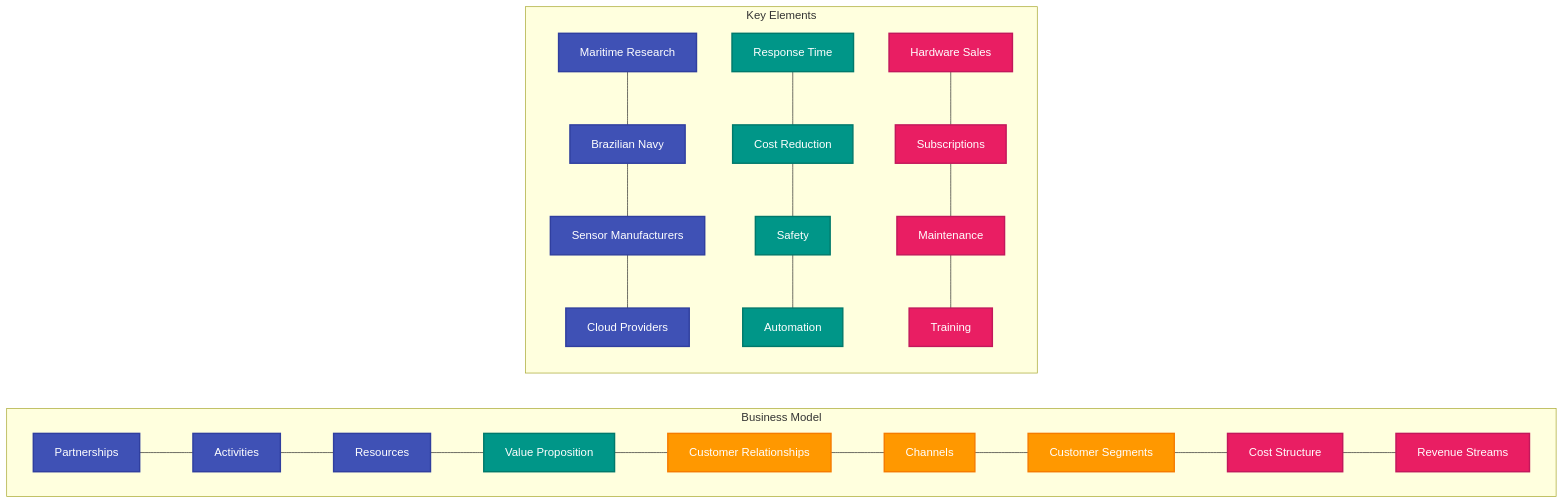
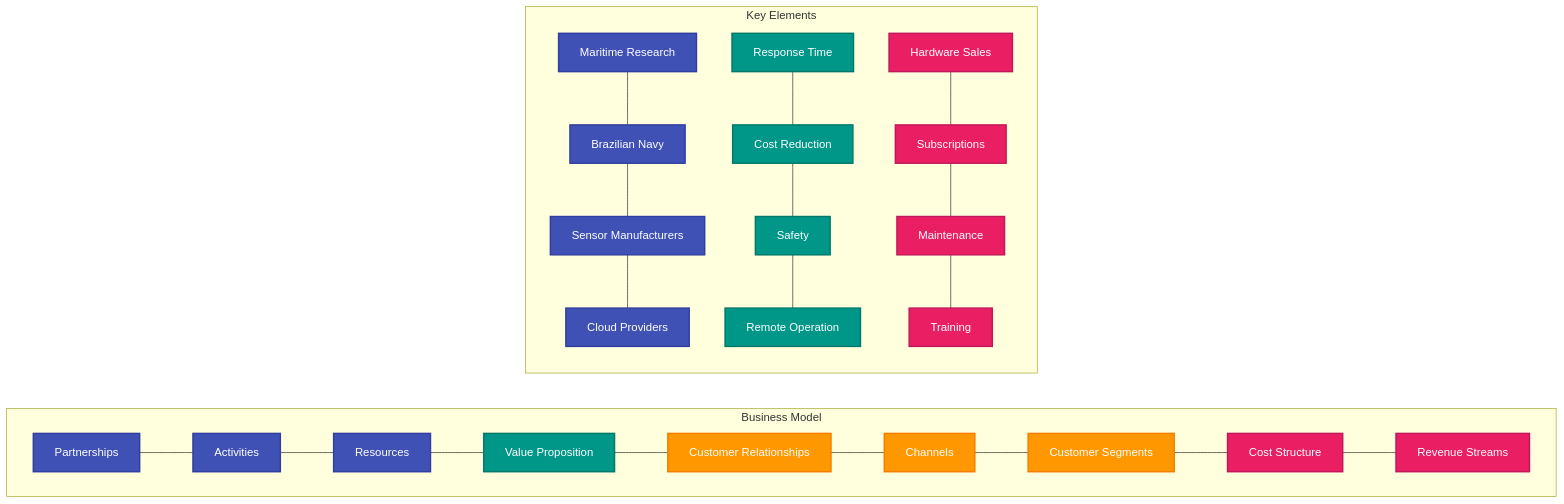
The third of 10 diagrams in Module_1_PR/Public_Report_Modulo2.md (Inteli-College/2025-1A-T02-G54-PUBLICO), drawn with Mermaid before and after one commit. The commit also changed other lines of this file, not shown here.

Commit message:
Enhance Public_Report_Modulo2.md with updated executive summary, improved documentation, and refined diagrams. Key changes include a focus on remote-controlled rescue features, expanded MVP documentation, and a clearer presentation of risk matrix and business model elements.

````diff
--- a/Module_1_PR/Public_Report_Modulo2.md
+++ b/Module_1_PR/Public_Report_Modulo2.md
@@ -134,34 +126,34 @@
 ```mermaid
 graph LR
     classDef core fill:#3F51B5,stroke:#303F9F,stroke-width:2px,color:white;
     classDef value fill:#009688,stroke:#00796B,stroke-width:2px,color:white;
     classDef customer fill:#FF9800,stroke:#F57C00,stroke-width:2px,color:white;
     classDef finance fill:#E91E63,stroke:#C2185B,stroke-width:2px,color:white;
     
     subgraph Business Model
         direction LR
         A[Partnerships]:::core --- B[Activities]:::core
         B --- C[Resources]:::core
         C --- D[Value Proposition]:::value
         D --- E[Customer Relationships]:::customer
         E --- F[Channels]:::customer
         F --- G[Customer Segments]:::customer
         G --- H[Cost Structure]:::finance
         H --- I[Revenue Streams]:::finance
     end
     
     subgraph Key Elements
         direction TB
         P1[Maritime Research]:::core --- P2[Brazilian Navy]:::core
         P2 --- P3[Sensor Manufacturers]:::core
         P3 --- P4[Cloud Providers]:::core
         
         V1[Response Time]:::value --- V2[Cost Reduction]:::value
         V2 --- V3[Safety]:::value
-        V3 --- V4[Automation]:::value
+        V3 --- V4[Remote Operation]:::value
         
         R1[Hardware Sales]:::finance --- R2[Subscriptions]:::finance
         R2 --- R3[Maintenance]:::finance
         R3 --- R4[Training]:::finance
     end
 ```
````
